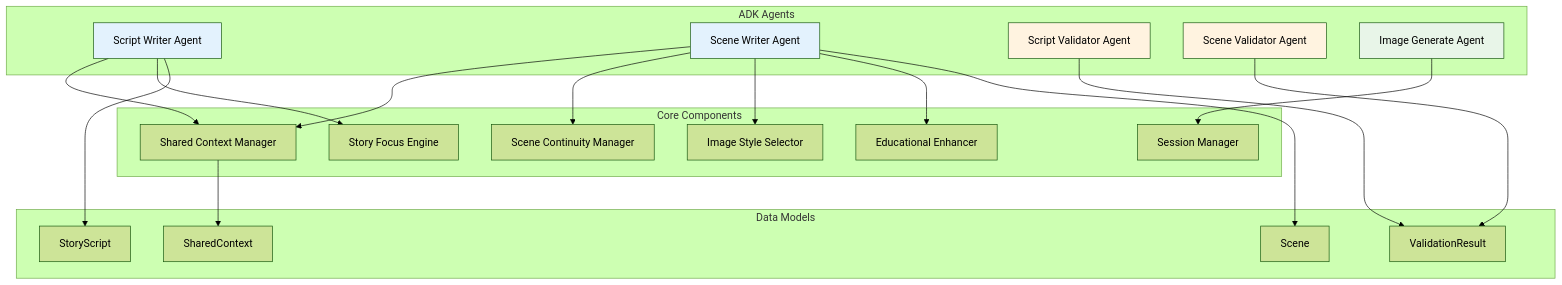
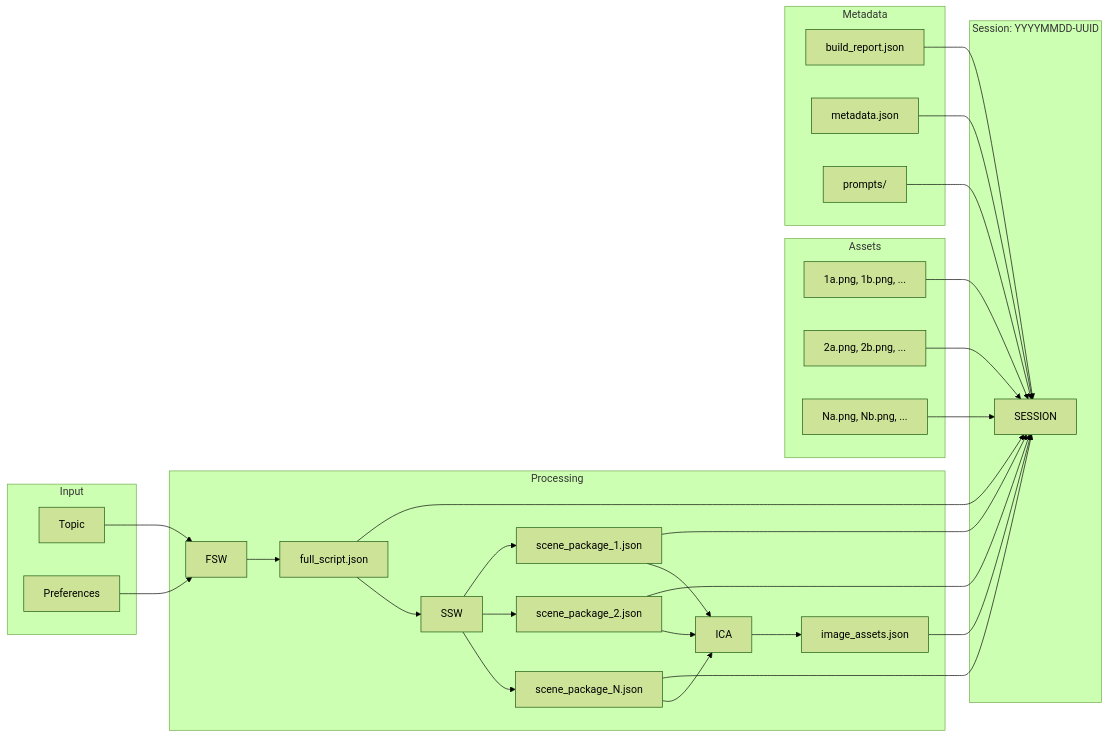
One commit to taigi0315/ShortFactory-Agent changed the fourth of 4 diagrams in docs/architecture-diagram.md. Above: the diagram before and after it, drawn with Mermaid (forest theme). The commit also changed other lines of this file and 17 other files, not shown here.

First line of the commit message:
feat: Add Voice Generate Agent and complete documentation update

````diff
--- a/docs/architecture-diagram.md
+++ b/docs/architecture-diagram.md
@@ -120,46 +164,48 @@
 ```mermaid
-graph TB
-    subgraph "ADK Agents"
-        A1[Script Writer Agent]
-        A2[Scene Writer Agent]
-        A3[Script Validator Agent]
-        A4[Scene Validator Agent]
-        A5[Image Generate Agent]
+graph LR
+    subgraph "Input"
+        T[Topic]
+        P[Preferences]
     end
     
-    subgraph "Core Components"
-        C1[Shared Context Manager]
-        C2[Story Focus Engine]
-        C3[Scene Continuity Manager]
-        C4[Image Style Selector]
-        C5[Educational Enhancer]
-        C6[Session Manager]
+    subgraph "Processing"
+        FSW[FSW] --> FS[full_script.json]
+        SSW[SSW] --> SP1[scene_package_1.json]
+        SSW --> SP2[scene_package_2.json]
+        SSW --> SPN[scene_package_N.json]
+        ICA[ICA] --> IA[image_assets.json]
     end
     
-    subgraph "Data Models"
-        D1[StoryScript]
-        D2[Scene]
-        D3[ValidationResult]
-        D4[SharedContext]
+    subgraph "Assets"
+        IMG1[1a.png, 1b.png, ...]
+        IMG2[2a.png, 2b.png, ...]
+        IMGN[Na.png, Nb.png, ...]
     end
     
-    A1 --> C1
-    A1 --> C2
-    A2 --> C1
-    A2 --> C3
-    A2 --> C4
-    A2 --> C5
-    A3 --> D3
-    A4 --> D3
-    A5 --> C6
+    subgraph "Metadata"
+        BR[build_report.json]
+        META[metadata.json]
+        PROMPTS[prompts/]
+    end
     
-    C1 --> D4
-    A1 --> D1
-    A2 --> D2
+    subgraph "Session: YYYYMMDD-UUID"
+        FS --> SESSION
+        SP1 --> SESSION
+        SP2 --> SESSION
+        SPN --> SESSION
+        IA --> SESSION
+        IMG1 --> SESSION
+        IMG2 --> SESSION
+        IMGN --> SESSION
+        BR --> SESSION
+        META --> SESSION
+        PROMPTS --> SESSION
+    end
     
-    style A1 fill:#e3f2fd
-    style A2 fill:#e3f2fd
-    style A3 fill:#fff3e0
-    style A4 fill:#fff3e0
-    style A5 fill:#e8f5e8
+    T --> FSW
+    P --> FSW
+    FS --> SSW
+    SP1 --> ICA
+    SP2 --> ICA
+    SPN --> ICA
 ```
````
